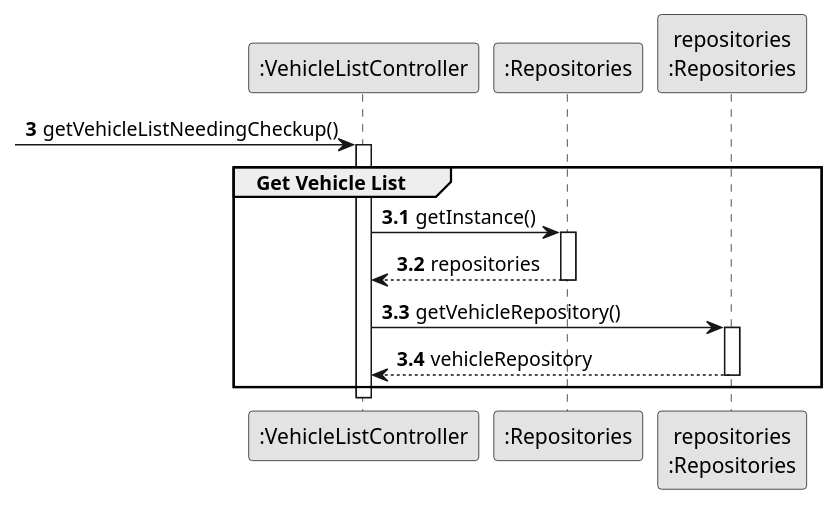
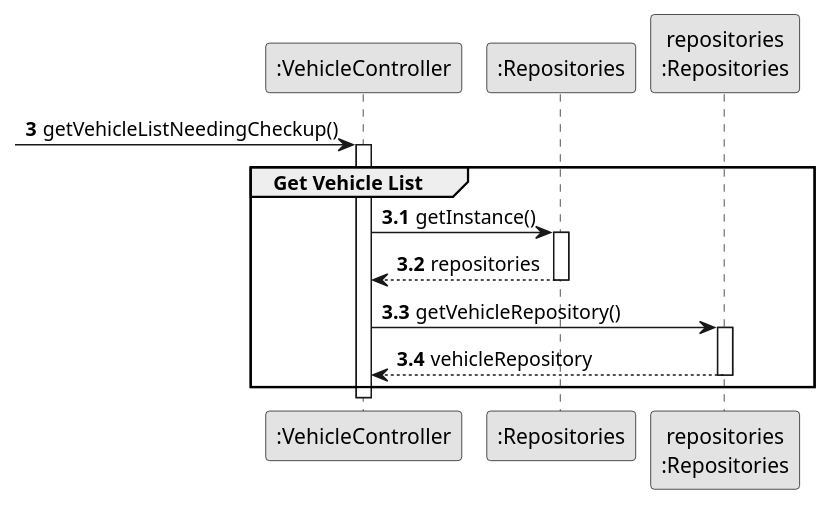
Before and after one commit to SAEmanuel/Green_Spaces_Management_ISEP: the diagram in docs/sprintB/us008/03.design/puml/us008-sequence-diagram-partial-get-vehicle-list.puml, drawn with PlantUML. The commit also changed 8 other files, not shown here.

```diff
--- a/docs/sprintB/us008/03.design/puml/us008-sequence-diagram-partial-get-vehicle-list.puml
+++ b/docs/sprintB/us008/03.design/puml/us008-sequence-diagram-partial-get-vehicle-list.puml
@@ -1,48 +1,48 @@
 @startuml
 skinparam monochrome true
 skinparam packageStyle rectangle
 skinparam shadowing false
 
 autonumber
 
 'hide footbox
 
-participant ":VehicleListController" as CTRL
+participant ":VehicleController" as CTRL
 participant ":Repositories" as RepositorySingleton
 participant "repositories\n:Repositories" as PLAT
 
 
 autonumber 3
 
  -> CTRL : getVehicleListNeedingCheckup()
 autonumber 3.1
 activate CTRL
     group Get Vehicle List
 
 
             CTRL -> RepositorySingleton : getInstance()
             activate RepositorySingleton
 
                 RepositorySingleton --> CTRL: repositories
             deactivate RepositorySingleton
 
             CTRL -> PLAT : getVehicleRepository()
             activate PLAT
 
                 PLAT --> CTRL: vehicleRepository
             deactivate PLAT
 
 
 
 
 
 
 
 
 
     end
 
 deactivate CTRL
 
 
 @enduml
```
